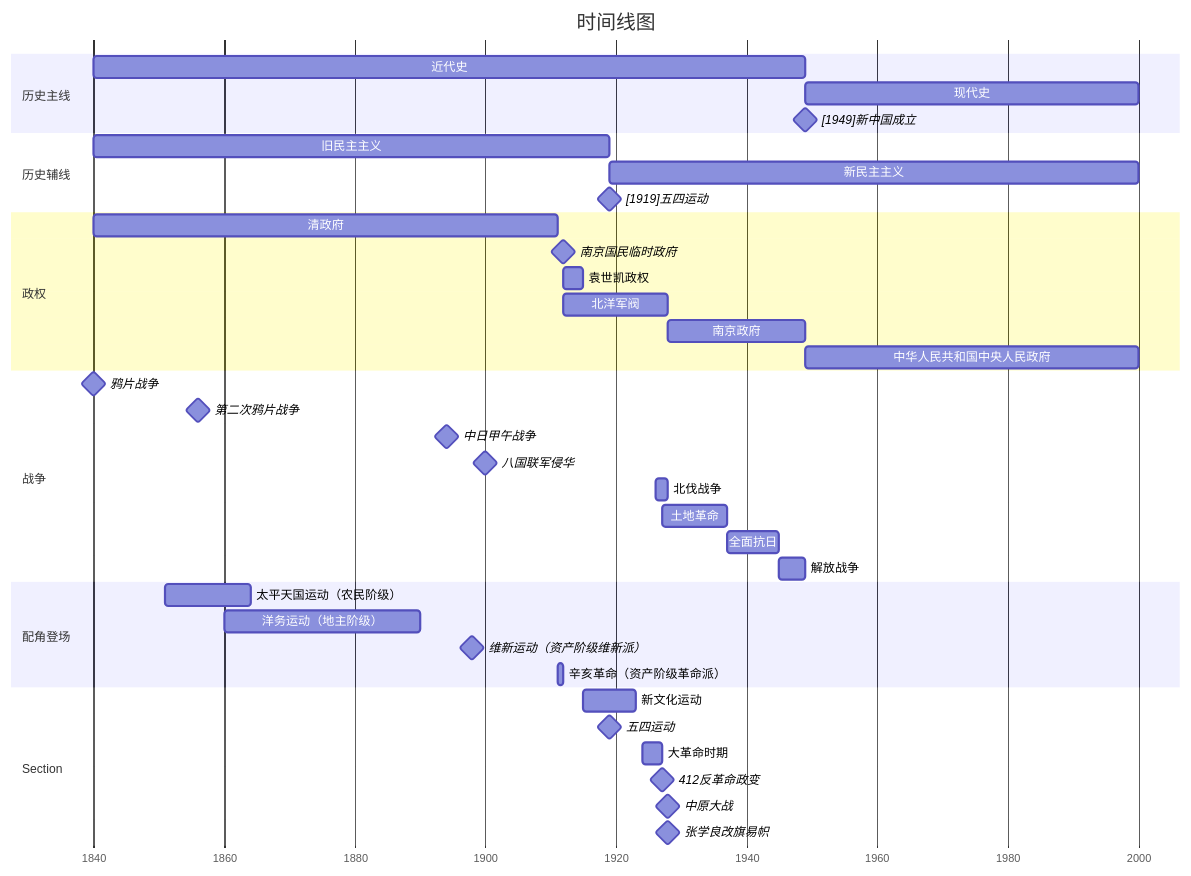
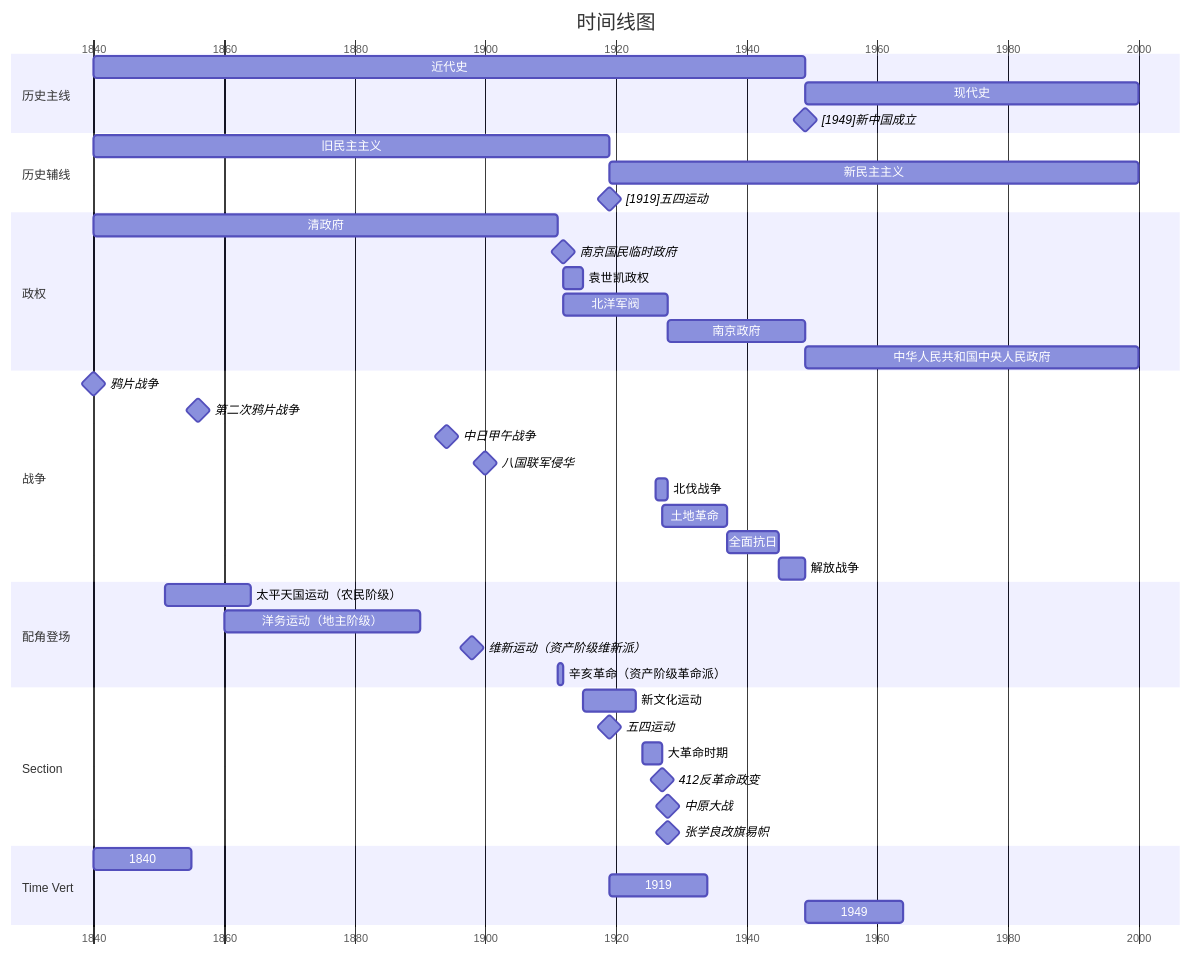
One commit to CharaDust/FancyNote changed the diagram in lib/Political/org/wendu/草稿.md. Above: the diagram before and after it, drawn with Mermaid. The commit also changed other lines of this file and 8 other files, not shown here.

````diff
--- a/lib/Political/org/wendu/草稿.md
+++ b/lib/Political/org/wendu/草稿.md
@@ -1089,46 +1089,67 @@
 ```mermaid
-%% ---
-%% displayMode: compact
-%% ---
+---
+    # Frontmatter config, YAML comments
+    title: Ignored if specified in chart
+    # displayMode: compact     #gantt specific setting but works at this level too
+    config:
+#        theme: forest
+#        themeCSS: " #item36 { fill: CadetBlue } "
+        themeCSS: " // YAML supports multiline strings using a newline markers: \n
+            #item36 { fill: CadetBlue }       \n
+
+            // Custom marker workaround CSS from forum (below)    \n
+            rect[id^=workaround] { height: calc(100%) ; transform: translate(0px, 30px); y: 0; width: 1.5px; stroke: none; fill: red; } \n
+            text[id^=workaround] { fill: red; y: 100%; font-size: 15px;}
+        "
+        gantt:
+            # useWidth: 400
+            # rightPadding: 0
+            topAxis: true  #false
+            numberSectionStyles: 2
+---
 gantt
 	title 时间线图
 	dateFormat YYYY
 	axisFormat %Y
 	section 历史主线
 		近代史 : a, 1840, 1949
 		现代史 : a, 1949, 2000
 		[1949]新中国成立 : milestone, m, 1949, 0d
 	section 历史辅线
 		旧民主主义 : a, 1840, 1919
 		新民主主义 : a, 1919, 2000
 		[1919]五四运动 : milestone, m, 1919, 0d
 	section 政权
 		清政府 : a, 1840, 1911
 		南京国民临时政府 : milestone, m, 1912, 0d
 		袁世凯政权 : a, 1912, 1915
 		北洋军阀 : a, 1912, 1928
 		南京政府 : a, 1928, 1949
 		中华人民共和国中央人民政府 : a, 1949, 2000
 	section 战争
 		鸦片战争 : milestone, m, 1840, 0d
 		第二次鸦片战争 : milestone, m, 1856, 0d
 		中日甲午战争 : milestone, m, 1894, 0d
 		八国联军侵华 : milestone, m, 1900, 0d
 		北伐战争 : a, 1926, 1928
 		土地革命 : a, 1927, 1937
 		全面抗日 : a, 1937, 1945
 		解放战争 : a, 1945, 1949
 	section 配角登场
 		太平天国运动（农民阶级） : a, 1851, 1864
 		洋务运动（地主阶级） : a, 1860, 1890
 		维新运动（资产阶级维新派） : milestone, m, 1898, 1898
 		辛亥革命（资产阶级革命派） : a, 1911, 1912
 	section Section
 		新文化运动 : a, 1915, 1923
 		五四运动 : milestone, m, 1919, 0d
 		大革命时期 : a, 1924, 1927
 		412反革命政变 : milestone, m, 1927, 0d
 		中原大战 : milestone, m, 1928, 0d
 		张学良改旗易帜 : milestone, m, 1928, 0d
+	section Time Vert
+		1840   : workaround, 1840, 15y
+		1919   : workaround, 1919, 15y
+		1949   : workaround, 1949, 15y
 
 ```
````
